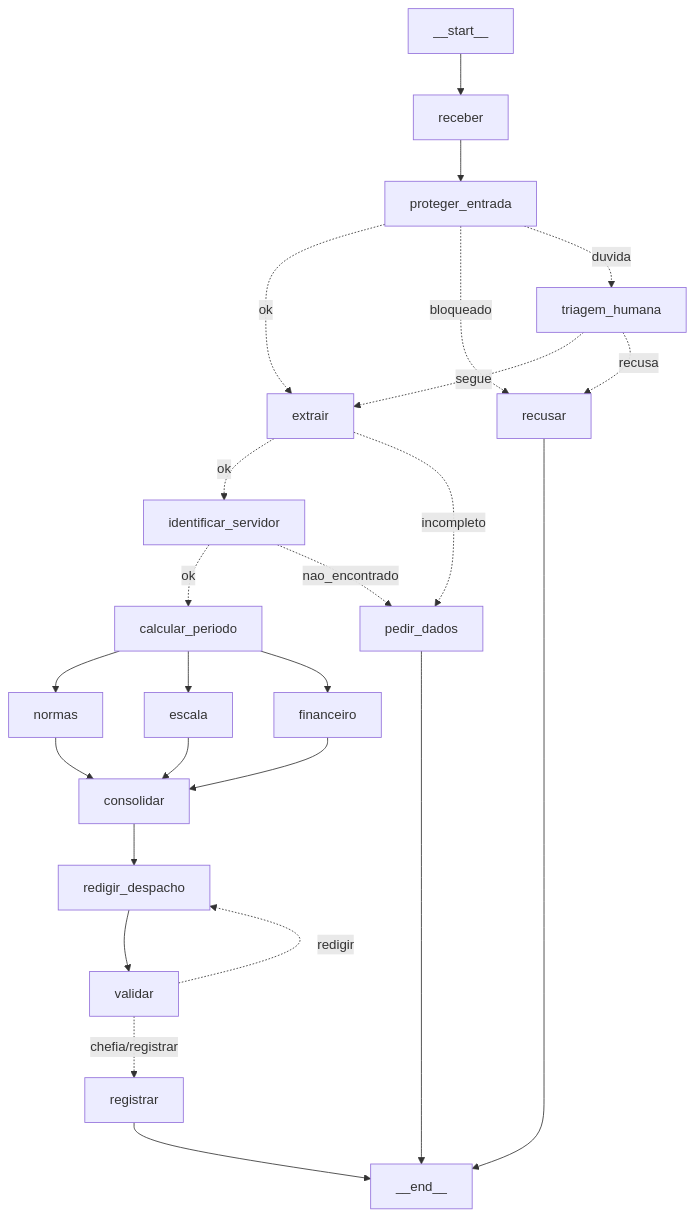
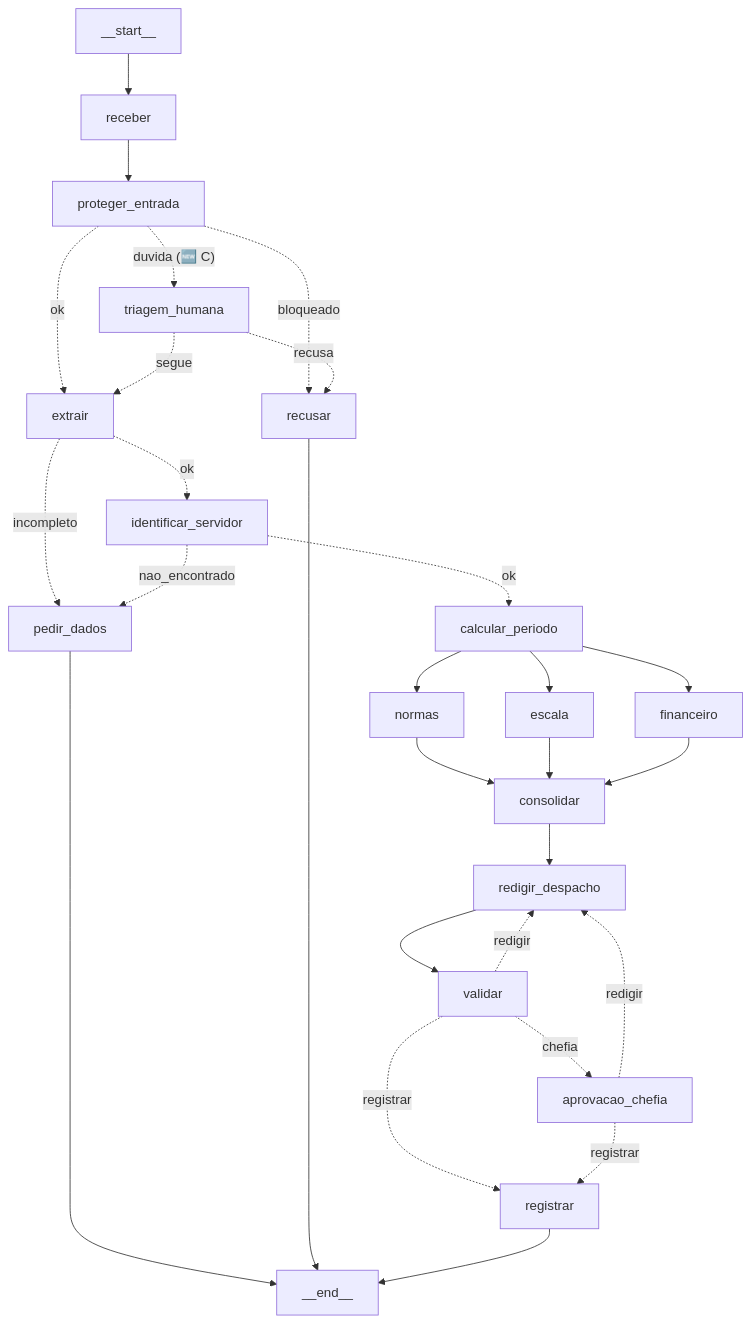
One commit to LuciaMagalhaes/Trabalho_Final changed the diagram in aula10/ENTREGA.md. Above: the diagram before and after it, drawn with Mermaid. The commit also changed other lines of this file, not shown here.

````diff
--- a/aula10/ENTREGA.md
+++ b/aula10/ENTREGA.md
@@ -43,28 +43,30 @@
 ```mermaid
-%% versão da Etapa 7 (atualizar na Etapa 8, quando a chefia entrar no fluxo)
 graph TD;
     __start__ --> receber;
     receber --> proteger_entrada;
     proteger_entrada -. ok .-> extrair;
     proteger_entrada -. bloqueado .-> recusar;
-    proteger_entrada -. duvida .-> triagem_humana;
+    proteger_entrada -. "duvida (🆕 C)" .-> triagem_humana;
     triagem_humana -. segue .-> extrair;
     triagem_humana -. recusa .-> recusar;
     extrair -. ok .-> identificar_servidor;
     extrair -. incompleto .-> pedir_dados;
     identificar_servidor -. ok .-> calcular_periodo;
     identificar_servidor -. nao_encontrado .-> pedir_dados;
     calcular_periodo --> normas;
     calcular_periodo --> escala;
     calcular_periodo --> financeiro;
     normas --> consolidar;
     escala --> consolidar;
     financeiro --> consolidar;
     consolidar --> redigir_despacho;
     redigir_despacho --> validar;
     validar -. redigir .-> redigir_despacho;
-    validar -. chefia/registrar .-> registrar;
+    validar -. chefia .-> aprovacao_chefia;
+    validar -. registrar .-> registrar;
+    aprovacao_chefia -. redigir .-> redigir_despacho;
+    aprovacao_chefia -. registrar .-> registrar;
     pedir_dados --> __end__;
     recusar --> __end__;
     registrar --> __end__;
 ```
````
